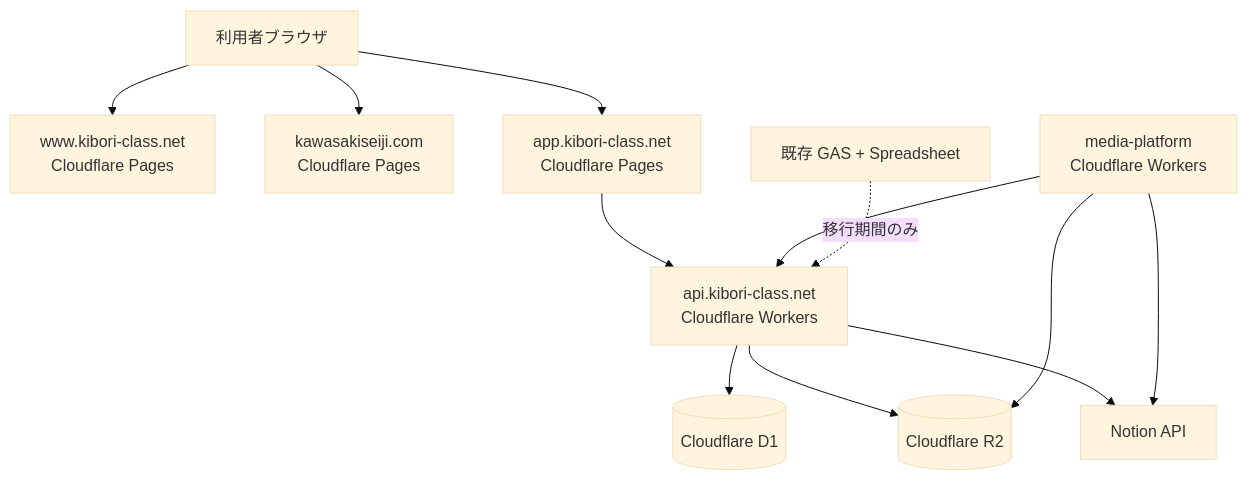
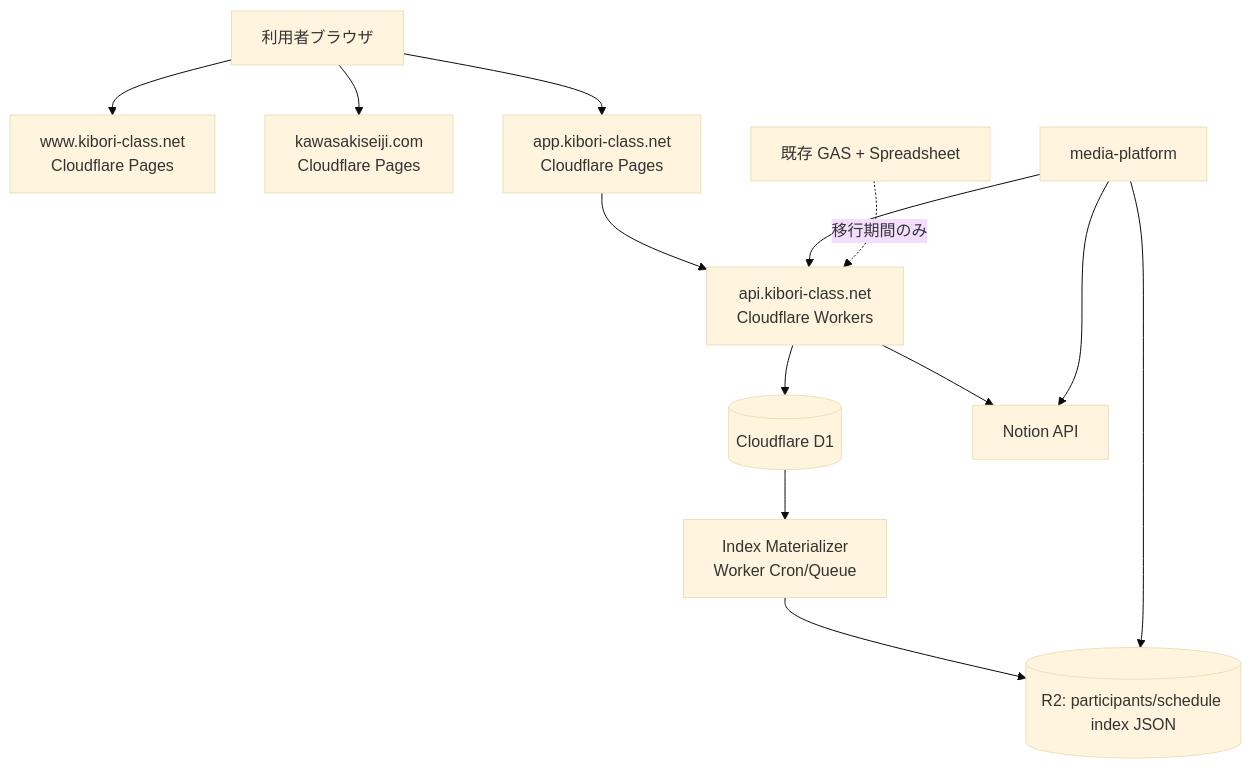
One commit to kwsksj/yoyaku-kiroku changed the diagram in docs/CLOUDFLARE_D1_MIGRATION_PLAN.md. Above: the diagram before and after it, drawn with Mermaid (base theme). The commit also changed other lines of this file and 5 other files, not shown here.

````diff
--- a/docs/CLOUDFLARE_D1_MIGRATION_PLAN.md
+++ b/docs/CLOUDFLARE_D1_MIGRATION_PLAN.md
@@ -52,17 +73,19 @@
 ```mermaid
 graph TD
     U[利用者ブラウザ] --> C1[www.kibori-class.net<br>Cloudflare Pages]
     U --> C2[kawasakiseiji.com<br>Cloudflare Pages]
     U --> C3[app.kibori-class.net<br>Cloudflare Pages]
 
     C3 --> API[api.kibori-class.net<br>Cloudflare Workers]
     API --> D1[(Cloudflare D1)]
-    API --> R2[(Cloudflare R2)]
     API --> N[Notion API]
 
-    MP[media-platform<br>Cloudflare Workers] --> R2
+    D1 --> IDX[Index Materializer<br>Worker Cron/Queue]
+    IDX --> R2I[(R2: participants/schedule index JSON)]
+
+    MP[media-platform] --> R2I
     MP --> N
     MP --> API
 
     GAS[既存 GAS + Spreadsheet] -. 移行期間のみ .-> API
 ```
````
